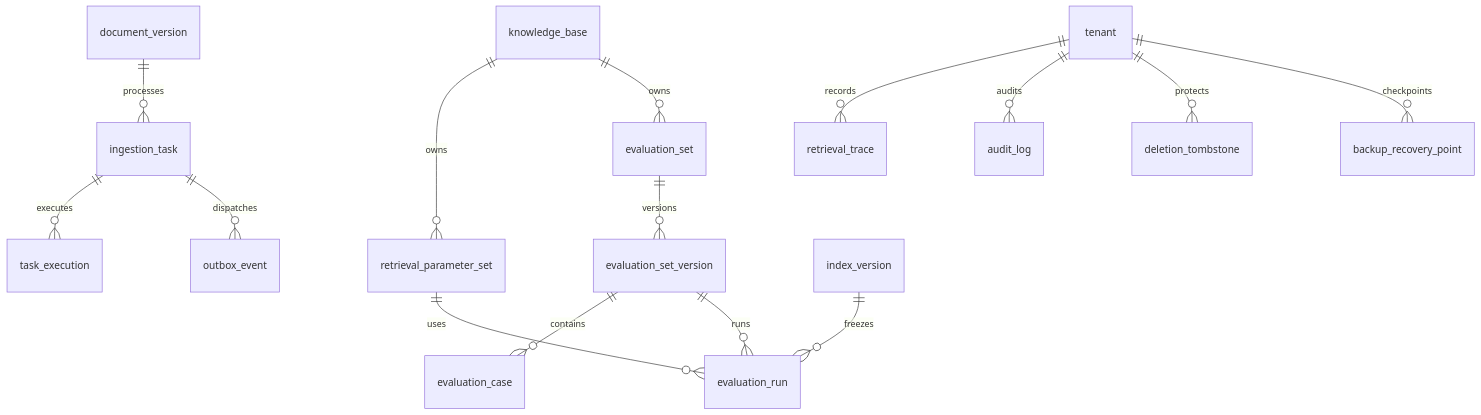
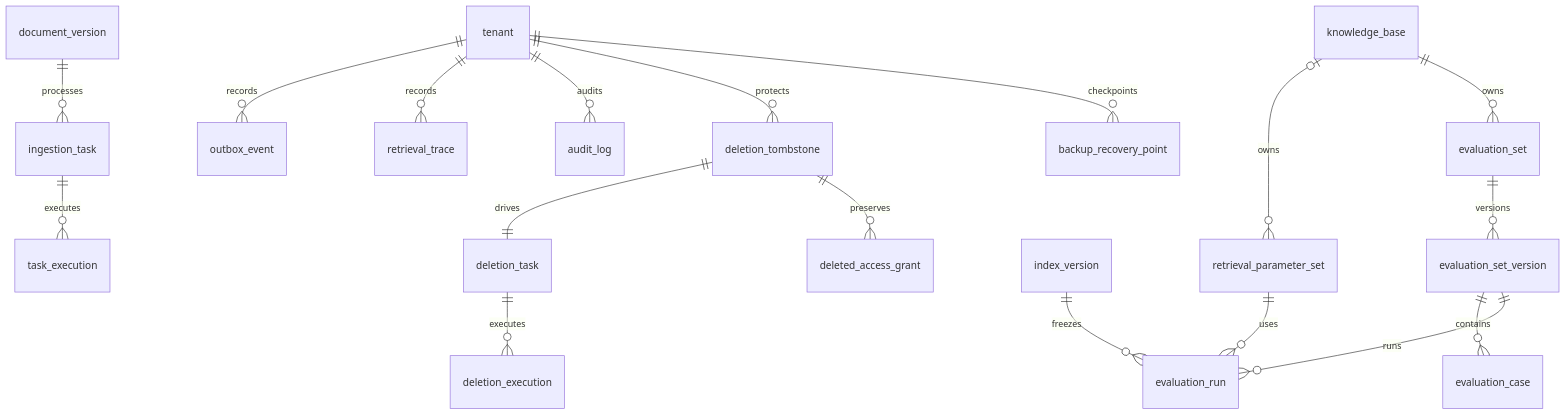
Before and after one commit to nocodig/rag_base: the third of 3 diagrams in doc/04-RAG知识库平台数据库设计说明书.md, drawn with Mermaid. The commit also changed other lines of this file and 5 other files, not shown here.

```diff
--- a/doc/04-RAG知识库平台数据库设计说明书.md
+++ b/doc/04-RAG知识库平台数据库设计说明书.md
@@ -147,17 +161,20 @@
 ~~~mermaid
 erDiagram
     document_version ||--o{ ingestion_task : processes
     ingestion_task ||--o{ task_execution : executes
-    ingestion_task ||--o{ outbox_event : dispatches
-    knowledge_base ||--o{ retrieval_parameter_set : owns
+    tenant ||--o{ outbox_event : records
+    knowledge_base o|--o{ retrieval_parameter_set : owns
     knowledge_base ||--o{ evaluation_set : owns
     evaluation_set ||--o{ evaluation_set_version : versions
     evaluation_set_version ||--o{ evaluation_case : contains
     evaluation_set_version ||--o{ evaluation_run : runs
     index_version ||--o{ evaluation_run : freezes
     retrieval_parameter_set ||--o{ evaluation_run : uses
     tenant ||--o{ retrieval_trace : records
     tenant ||--o{ audit_log : audits
     tenant ||--o{ deletion_tombstone : protects
+    deletion_tombstone ||--|| deletion_task : drives
+    deletion_task ||--o{ deletion_execution : executes
+    deletion_tombstone ||--o{ deleted_access_grant : preserves
     tenant ||--o{ backup_recovery_point : checkpoints
 ~~~
```
